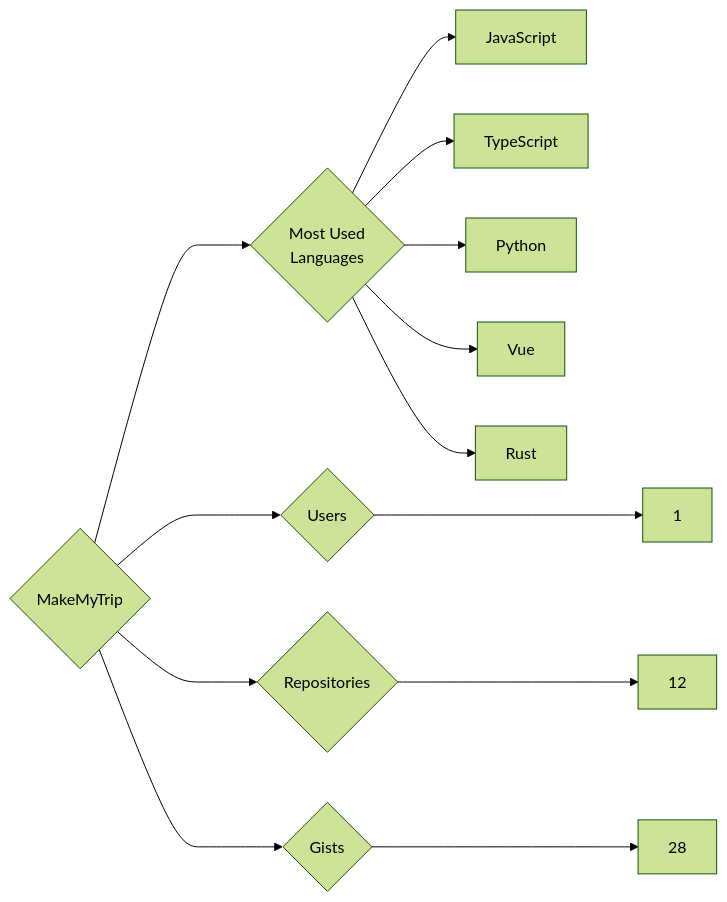
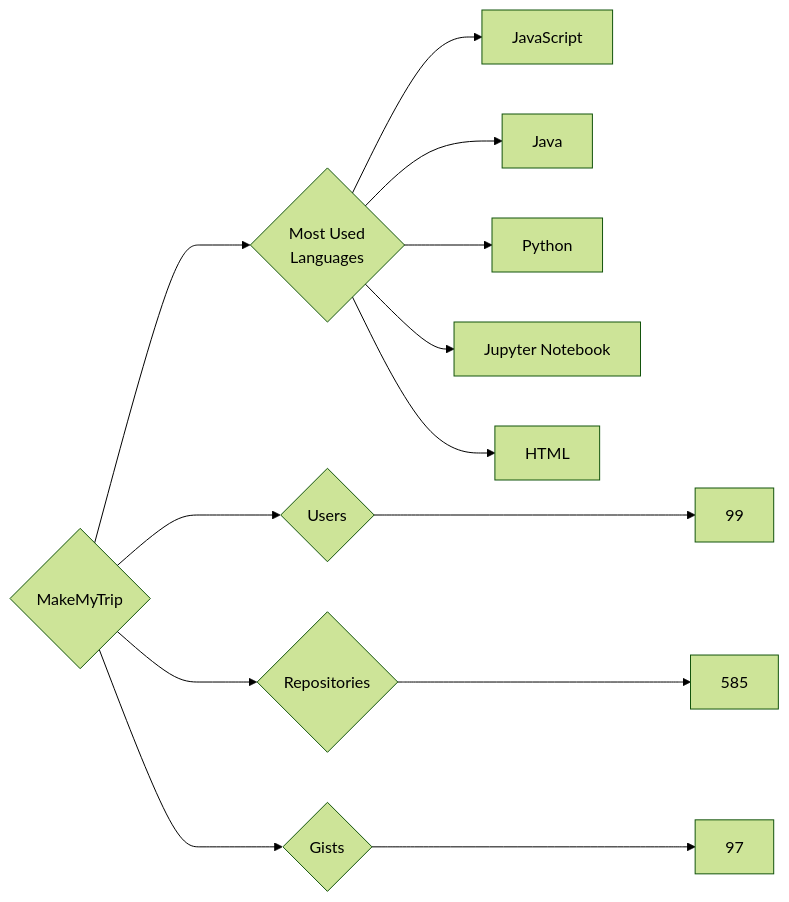
One commit to trickest/insiders changed the diagram in targets/MakeMyTrip/README.md. Above: the diagram before and after it, drawn with Mermaid (forest theme). The commit also changed 748 other files, not shown here.

````diff
--- a/targets/MakeMyTrip/README.md
+++ b/targets/MakeMyTrip/README.md
@@ -3,13 +3,13 @@
 ```mermaid
 graph LR
 COMPANY_NAME{MakeMyTrip}
-COMPANY_NAME ---> U{Users} ---> UN[1]
-COMPANY_NAME ---> R{Repositories} ---> RN[12]
-COMPANY_NAME ---> G{Gists} ---> GN[28]
+COMPANY_NAME ---> U{Users} ---> UN[99]
+COMPANY_NAME ---> R{Repositories} ---> RN[585]
+COMPANY_NAME ---> G{Gists} ---> GN[97]
 COMPANY_NAME ---> ML{Most Used<br>Languages}
 ML --> JavaScript[JavaScript]
-ML --> TypeScript[TypeScript]
+ML --> Java[Java]
 ML --> Python[Python]
-ML --> Vue[Vue]
-ML --> Rust[Rust]
+ML --> Jupyter_Notebook[Jupyter Notebook]
+ML --> HTML[HTML]
 ```
````
